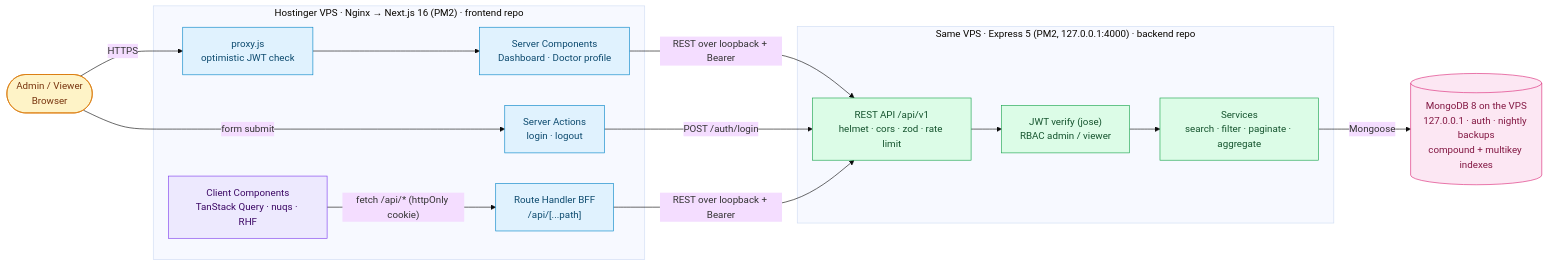
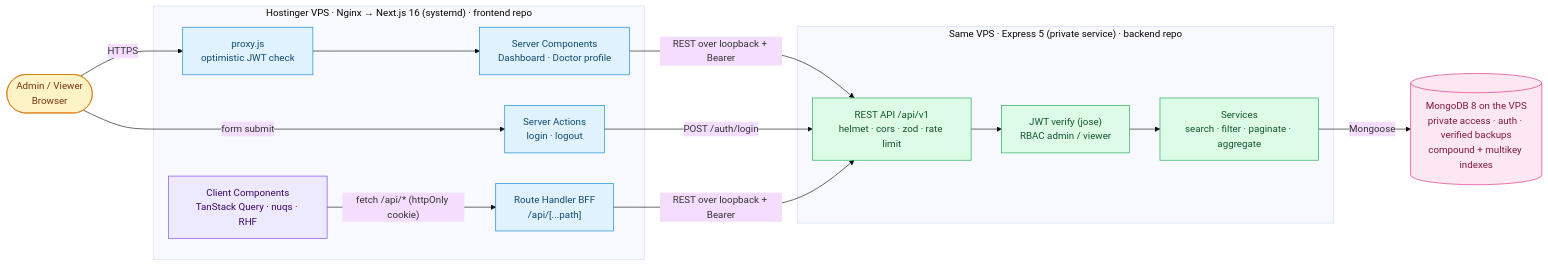
One commit to zakaria-akash/doctor-tracker changed the first of 4 diagrams in RUNBOOK.md. Above: the diagram before and after it, drawn with Mermaid (base theme). The commit also changed other lines of this file and 2 other files, not shown here.

Commit message:
docs: plan isolated VPS deploy with short nip.io URLs

````diff
--- a/RUNBOOK.md
+++ b/RUNBOOK.md
@@ -132,34 +132,34 @@
 ```mermaid
 flowchart LR
   user(["Admin / Viewer<br/>Browser"]):::actor
 
-  subgraph web["Hostinger VPS · Nginx → Next.js 16 (PM2) · frontend repo"]
+  subgraph web["Hostinger VPS · Nginx → Next.js 16 (systemd) · frontend repo"]
     proxy["proxy.js<br/>optimistic JWT check"]:::next
     rsc["Server Components<br/>Dashboard · Doctor profile"]:::next
     actions["Server Actions<br/>login · logout"]:::next
     bff["Route Handler BFF<br/>/api/[...path]"]:::next
     client["Client Components<br/>TanStack Query · nuqs · RHF"]:::client
   end
 
-  subgraph apiBox["Same VPS · Express 5 (PM2, 127.0.0.1:4000) · backend repo"]
+  subgraph apiBox["Same VPS · Express 5 (private service) · backend repo"]
     api["REST API /api/v1<br/>helmet · cors · zod · rate limit"]:::api
     auth["JWT verify (jose)<br/>RBAC admin / viewer"]:::api
     svc["Services<br/>search · filter · paginate · aggregate"]:::api
   end
 
-  db[("MongoDB 8 on the VPS<br/>127.0.0.1 · auth · nightly backups<br/>compound + multikey indexes")]:::db
+  db[("MongoDB 8 on the VPS<br/>private access · auth · verified backups<br/>compound + multikey indexes")]:::db
 
   user -->|HTTPS| proxy --> rsc
   user -->|form submit| actions
   client -->|"fetch /api/* (httpOnly cookie)"| bff
   rsc -->|REST over loopback + Bearer| api
   actions -->|POST /auth/login| api
   bff -->|REST over loopback + Bearer| api
   api --> auth --> svc -->|Mongoose| db
 
   classDef actor fill:#FEF3C7,stroke:#D97706,color:#78350F
   classDef next fill:#E0F2FE,stroke:#0284C7,color:#0C4A6E
   classDef client fill:#EDE9FE,stroke:#7C3AED,color:#3B0764
   classDef api fill:#DCFCE7,stroke:#16A34A,color:#14532D
   classDef db fill:#FCE7F3,stroke:#DB2777,color:#831843
 ```
````
